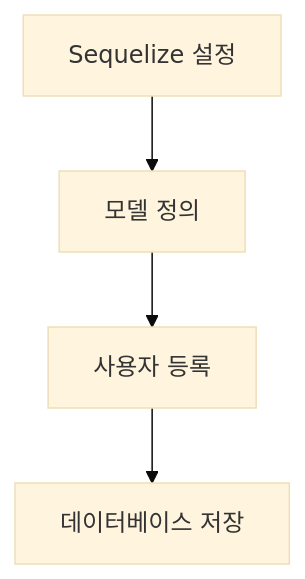
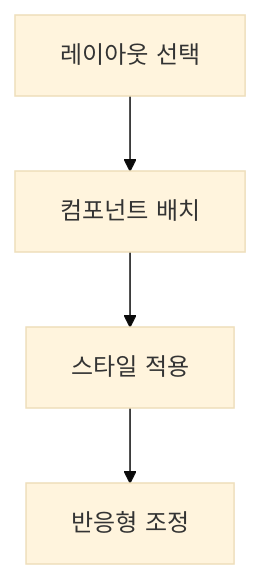
The seventh of 7 diagrams in vibe_coding_timeline.md (ustudiopd/vibe_coding), drawn with Mermaid (base theme) before and after one commit. The commit also changed other lines of this file, not shown here.

````diff
--- a/vibe_coding_timeline.md
+++ b/vibe_coding_timeline.md
@@ -100,6 +201,6 @@
 ```mermaid
 graph TD
-    A[Sequelize 설정] --> B[모델 정의]
-    B --> C[사용자 등록]
-    C --> D[데이터베이스 저장]
+    A[레이아웃 선택] --> B[컴포넌트 배치]
+    B --> C[스타일 적용]
+    C --> D[반응형 조정]
 ```
````
